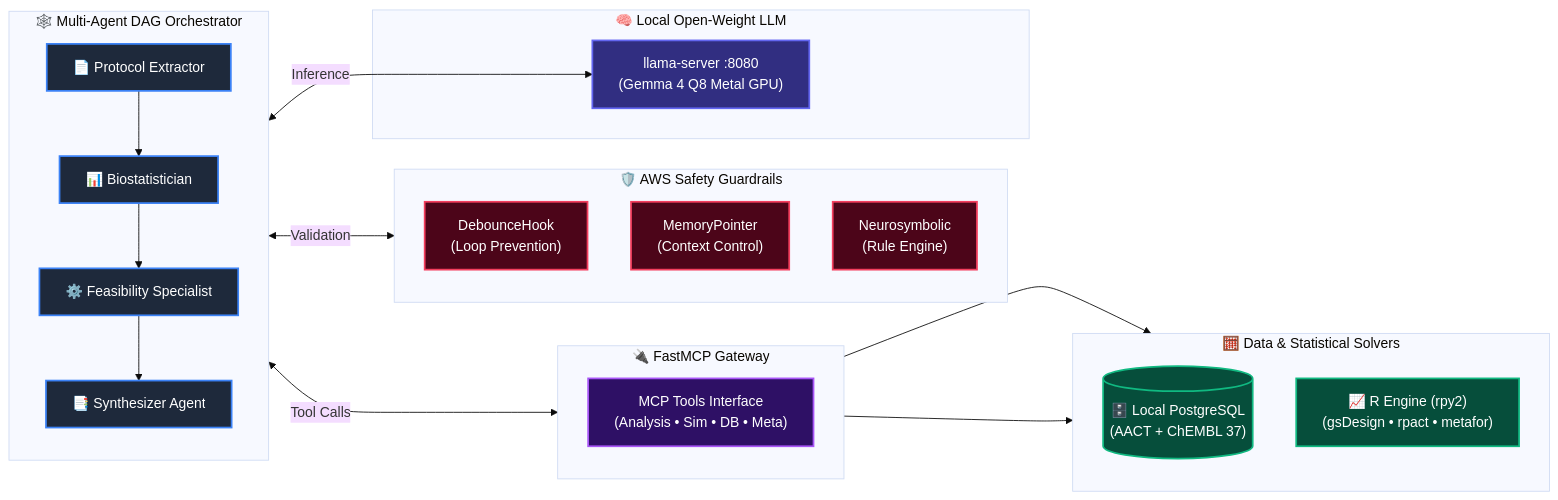
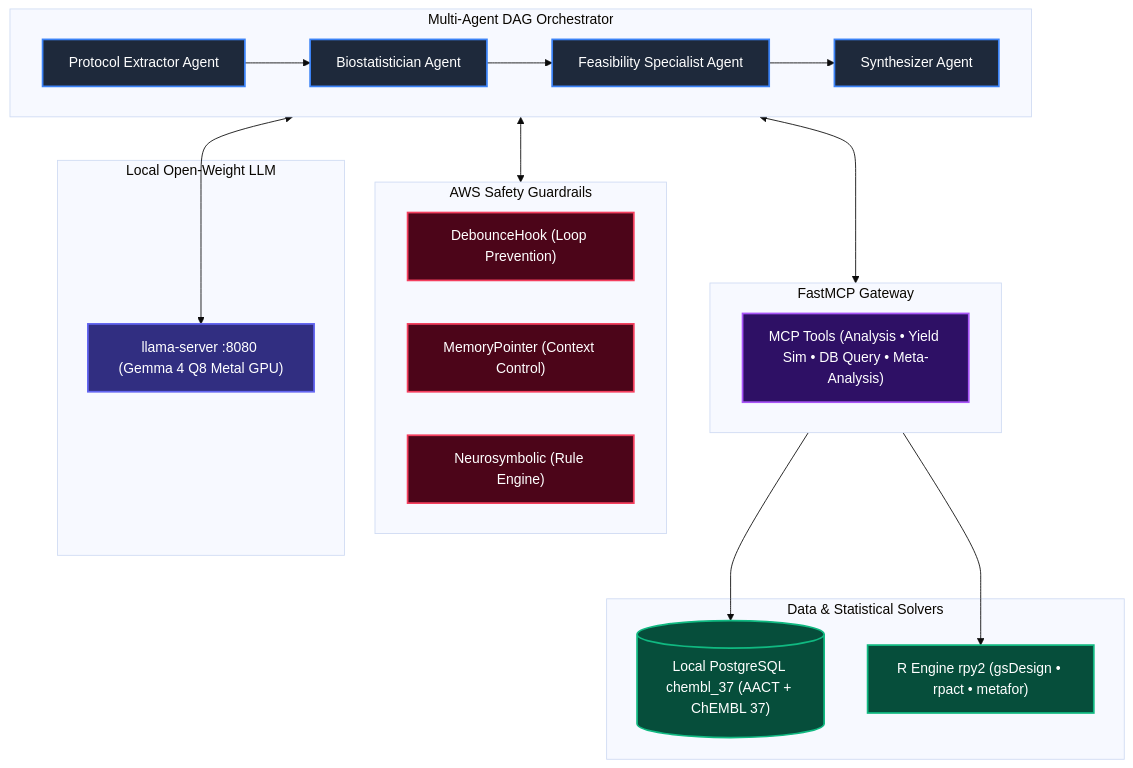
One commit to leelasd/local_clintrial_agent changed the diagram in README.md. Above: the diagram before and after it, drawn with Mermaid (base theme).

Commit message:
fix(mermaid): simplify flowchart TD syntax to resolve nested direction parser error

````diff
--- a/README.md
+++ b/README.md
@@ -9,48 +9,45 @@
 ```mermaid
-flowchart LR
-    subgraph Agents ["🕸️ Multi-Agent DAG Orchestrator"]
-        direction TB
-        PE["📄 Protocol Extractor"] --> BS["📊 Biostatistician"]
-        BS --> FS["⚙️ Feasibility Specialist"]
-        FS --> SY["📑 Synthesizer Agent"]
+flowchart TD
+    subgraph Agents ["Multi-Agent DAG Orchestrator"]
+        PE["Protocol Extractor Agent"] --> BS["Biostatistician Agent"]
+        BS --> FS["Feasibility Specialist Agent"]
+        FS --> SY["Synthesizer Agent"]
     end
 
-    subgraph LLM ["🧠 Local Open-Weight LLM"]
-        Gemma["llama-server :8080<br/>(Gemma 4 Q8 Metal GPU)"]
+    subgraph Guardrails ["AWS Safety Guardrails"]
+        Debounce["DebounceHook (Loop Prevention)"]
+        MemPointer["MemoryPointer (Context Control)"]
+        NeuroGuard["Neurosymbolic (Rule Engine)"]
     end
 
-    subgraph Guardrails ["🛡️ AWS Safety Guardrails"]
-        direction TB
-        Debounce["DebounceHook<br/>(Loop Prevention)"]
-        MemPointer["MemoryPointer<br/>(Context Control)"]
-        NeuroGuard["Neurosymbolic<br/>(Rule Engine)"]
+    subgraph LLM ["Local Open-Weight LLM"]
+        Gemma["llama-server :8080 (Gemma 4 Q8 Metal GPU)"]
     end
 
-    subgraph MCP ["🔌 FastMCP Gateway"]
-        Tools["MCP Tools Interface<br/>(Analysis • Sim • DB • Meta)"]
+    subgraph MCP ["FastMCP Gateway"]
+        Tools["MCP Tools (Analysis • Yield Sim • DB Query • Meta-Analysis)"]
     end
 
-    subgraph Solvers ["🧮 Data & Statistical Solvers"]
-        direction TB
-        PostgreSQL[("🗄️ Local PostgreSQL<br/>(AACT + ChEMBL 37)")]
-        RBridge["📈 R Engine (rpy2)<br/>(gsDesign • rpact • metafor)"]
+    subgraph Solvers ["Data & Statistical Solvers"]
+        PostgreSQL[("Local PostgreSQL chembl_37 (AACT + ChEMBL 37)")]
+        RBridge["R Engine rpy2 (gsDesign • rpact • metafor)"]
     end
 
-    Agents <-->|Inference| Gemma
-    Agents <-->|Validation| Guardrails
-    Agents <-->|Tool Calls| MCP
+    Agents <--> Gemma
+    Agents <--> Guardrails
+    Agents <--> MCP
     MCP --> PostgreSQL
     MCP --> RBridge
 
     classDef agent fill:#1e293b,stroke:#3b82f6,stroke-width:2px,color:#fff;
     classDef llm fill:#312e81,stroke:#6366f1,stroke-width:2px,color:#fff;
     classDef guard fill:#4c0519,stroke:#f43f5e,stroke-width:2px,color:#fff;
     classDef mcp fill:#2e1065,stroke:#a855f7,stroke-width:2px,color:#fff;
     classDef solver fill:#064e3b,stroke:#10b981,stroke-width:2px,color:#fff;
 
     class PE,BS,FS,SY agent;
     class Gemma llm;
     class Debounce,MemPointer,NeuroGuard guard;
     class Tools mcp;
     class PostgreSQL,RBridge solver;
 ```
````
